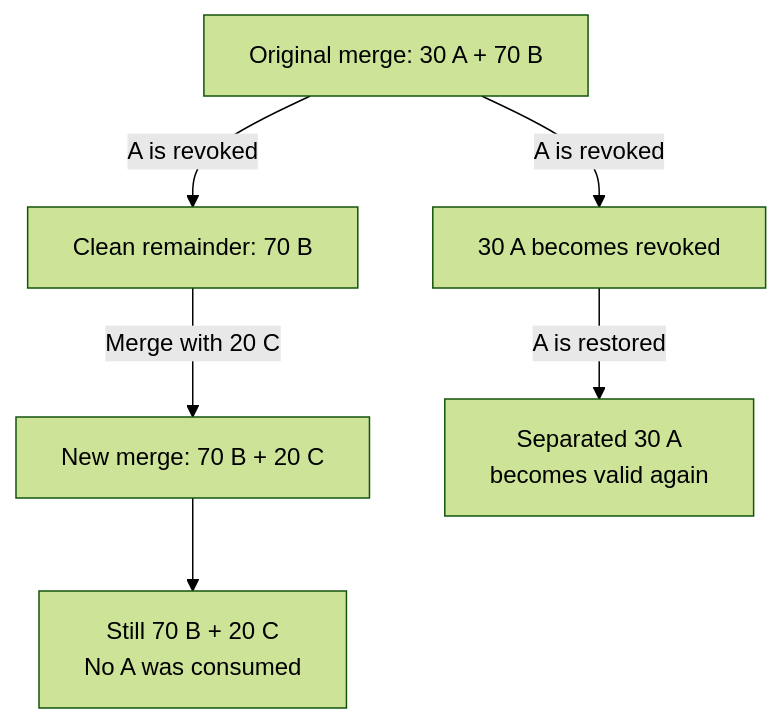
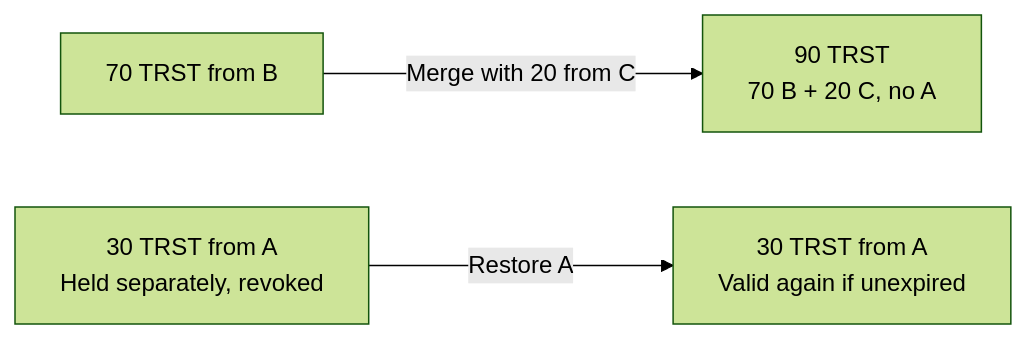
The second of 2 diagrams in docs/introduction/ECONOMICS.md (BURST-UBI/protocol), drawn with Mermaid (forest theme) before and after one commit. The commit also changed other lines of this file, not shown here.

Commit message:
Clarify holding composition with separate revocation and restoration diagrams

````diff
--- a/docs/introduction/ECONOMICS.md
+++ b/docs/introduction/ECONOMICS.md
@@ -115,10 +133,7 @@
 ```mermaid
-flowchart TD
-    accTitle: Revocation and a later merge
-    accDescr: Revoking origin A separates its 30 units from 70 clean units of B. Merging B with 20 units of C excludes A. Restoring A makes its separated units valid again without adding them to the newer merge.
-    M["Original merge: 30 A + 70 B"] -->|A is revoked| R["30 A becomes revoked"]
-    M -->|A is revoked| B["Clean remainder: 70 B"]
-    B -->|Merge with 20 C| N["New merge: 70 B + 20 C"]
-    R -->|A is restored| A["Separated 30 A<br/>becomes valid again"]
-    N --> U["Still 70 B + 20 C<br/>No A was consumed"]
+flowchart LR
+    accTitle: The clean remainder and revoked portion take separate paths
+    accDescr: The 70 TRST remainder from B merges with 20 from C to produce 90 TRST with no A contribution. Separately, restoring A makes its 30 TRST valid again. Restoration adds nothing to the 90 TRST merge.
+    B["70 TRST from B"] -->|Merge with 20 from C| N["90 TRST<br/>70 B + 20 C, no A"]
+    A["30 TRST from A<br/>Held separately, revoked"] -->|Restore A| R["30 TRST from A<br/>Valid again if unexpired"]
 ```
````
